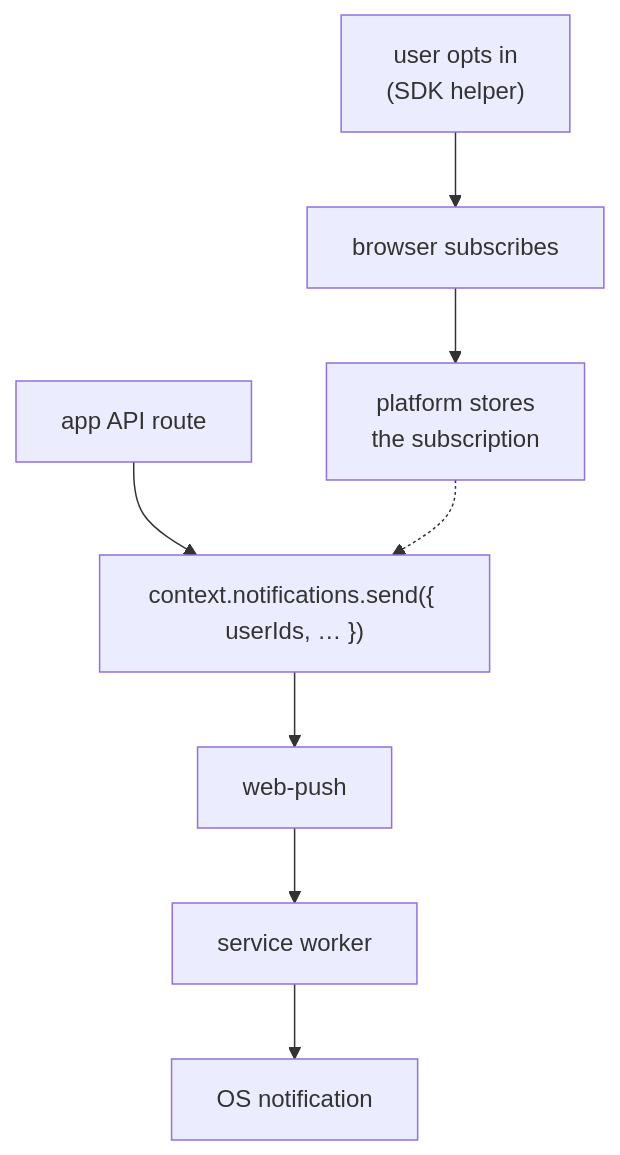
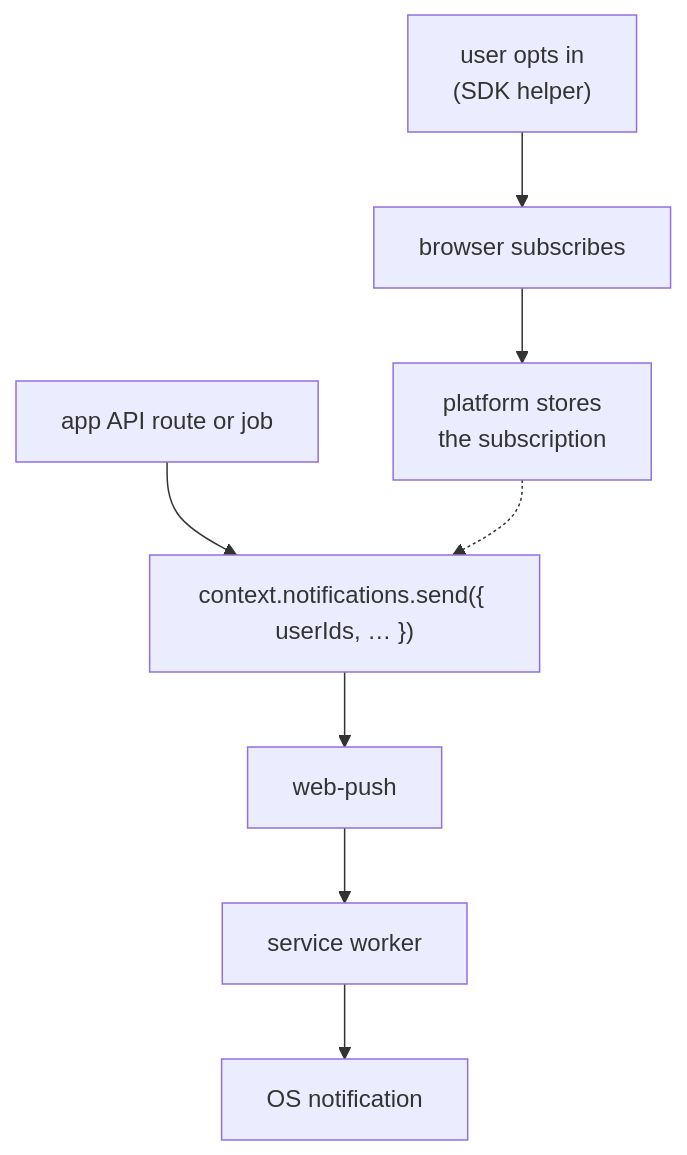
One commit to mixoshq/mixos changed the diagram in docs/apps/notifications.md. Above: the diagram before and after it, drawn with Mermaid. The commit also changed other lines of this file and 23 other files, not shown here.

````diff
--- a/docs/apps/notifications.md
+++ b/docs/apps/notifications.md
@@ -19,12 +19,12 @@
 ```mermaid
 flowchart TD
     OPTIN["user opts in<br/>(SDK helper)"] --> SUB["browser subscribes"]
     SUB --> STORE["platform stores<br/>the subscription"]
 
-    ROUTE["app API route"] --> SEND["context.notifications.send({ userIds, … })"]
+    ROUTE["app API route or job"] --> SEND["context.notifications.send({ userIds, … })"]
     SEND --> PUSH["web-push"]
     PUSH --> SW["service worker"]
     SW --> OSN["OS notification"]
 
     STORE -.-> SEND
 ```
````
